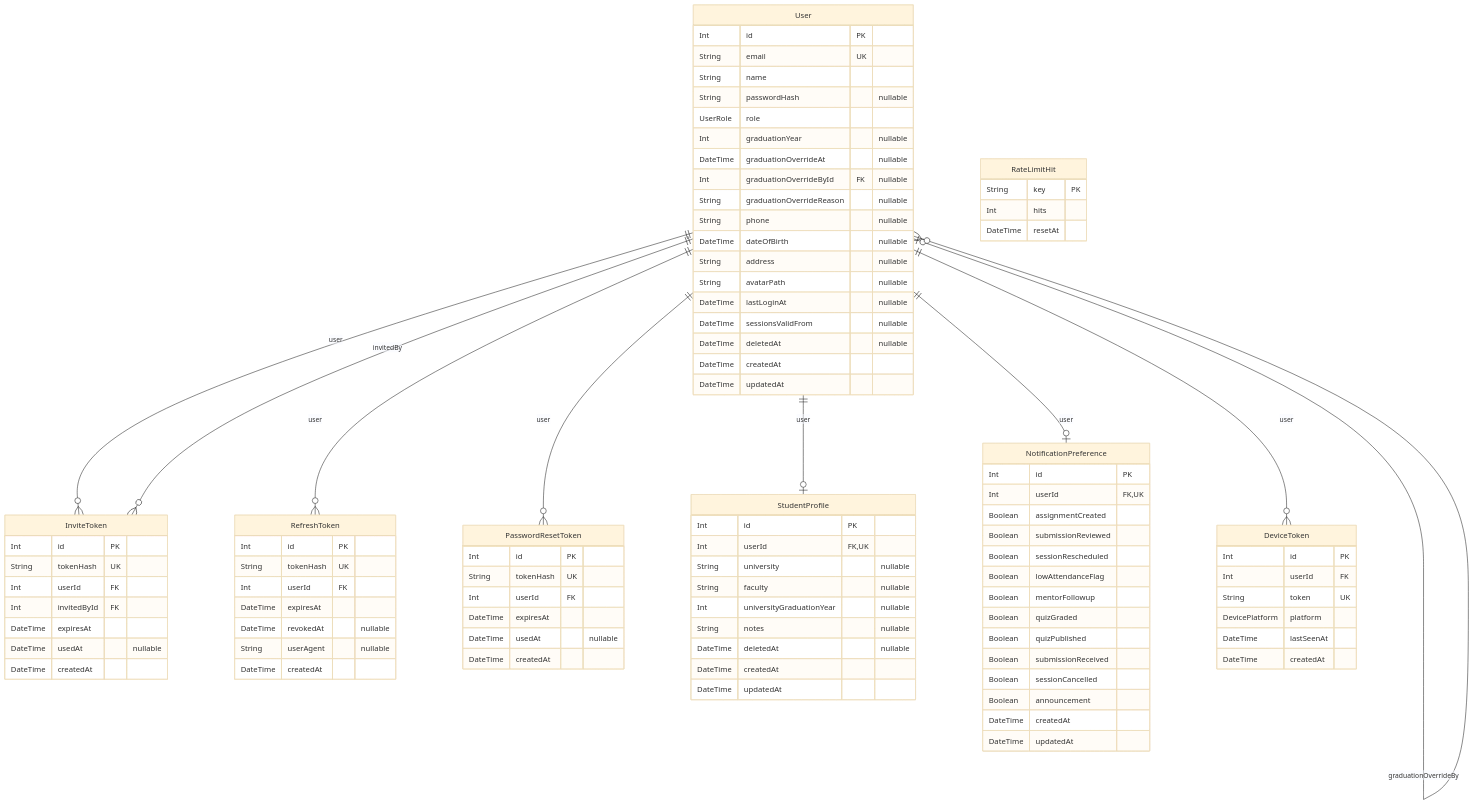
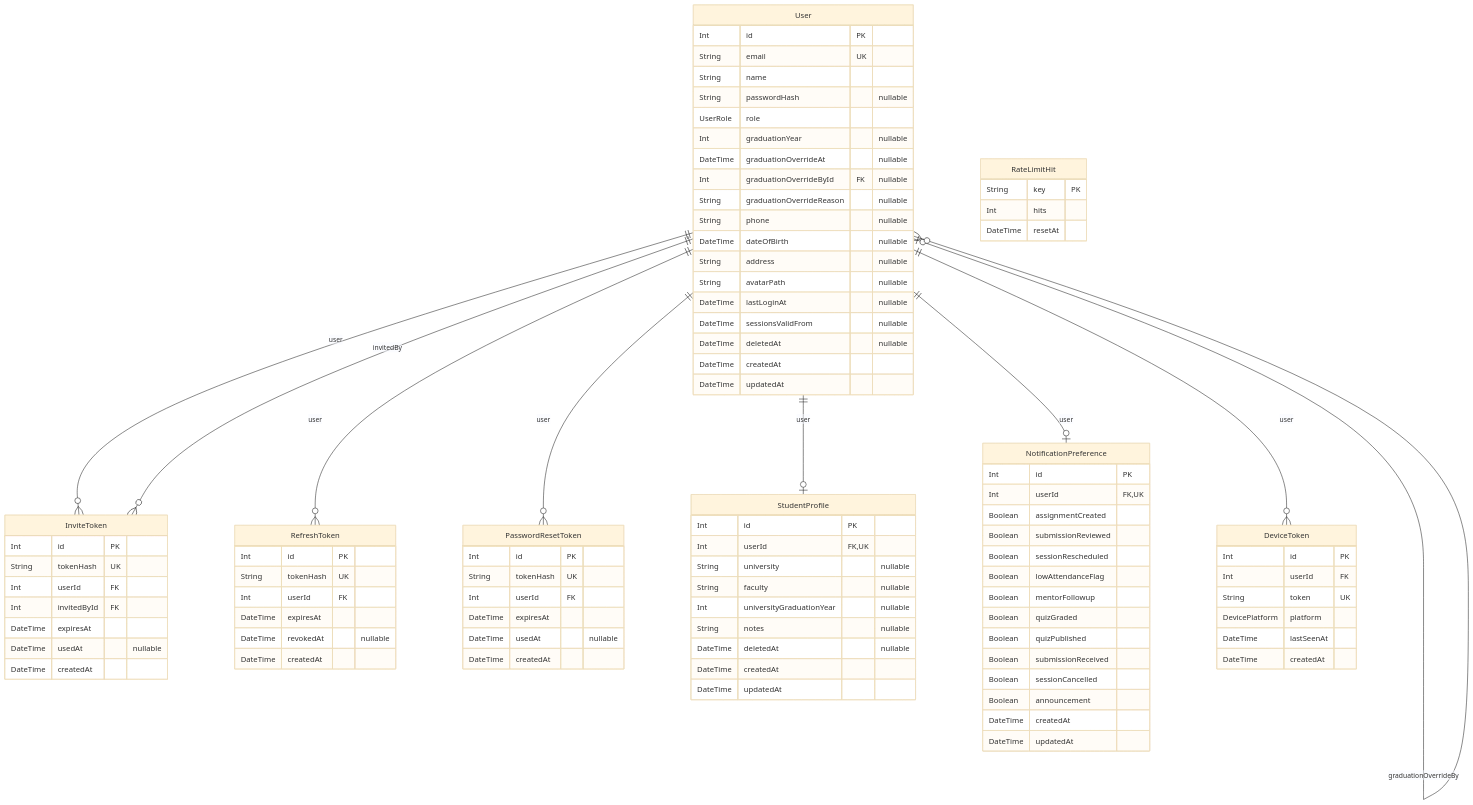
Before and after one commit to MarkBotros0/space-v2: the first of 7 diagrams in docs/database/erd.md, drawn with Mermaid (base theme). The commit also changed 7 other files, not shown here.

First line of the commit message:
refactor(db): drop RefreshToken.userAgent (DB-006, step 6.4)

```diff
--- a/docs/database/erd.md
+++ b/docs/database/erd.md
@@ -54,7 +54,6 @@
     Int userId FK
     DateTime expiresAt
     DateTime revokedAt "nullable"
-    String userAgent "nullable"
     DateTime createdAt
   }
   PasswordResetToken {
```
